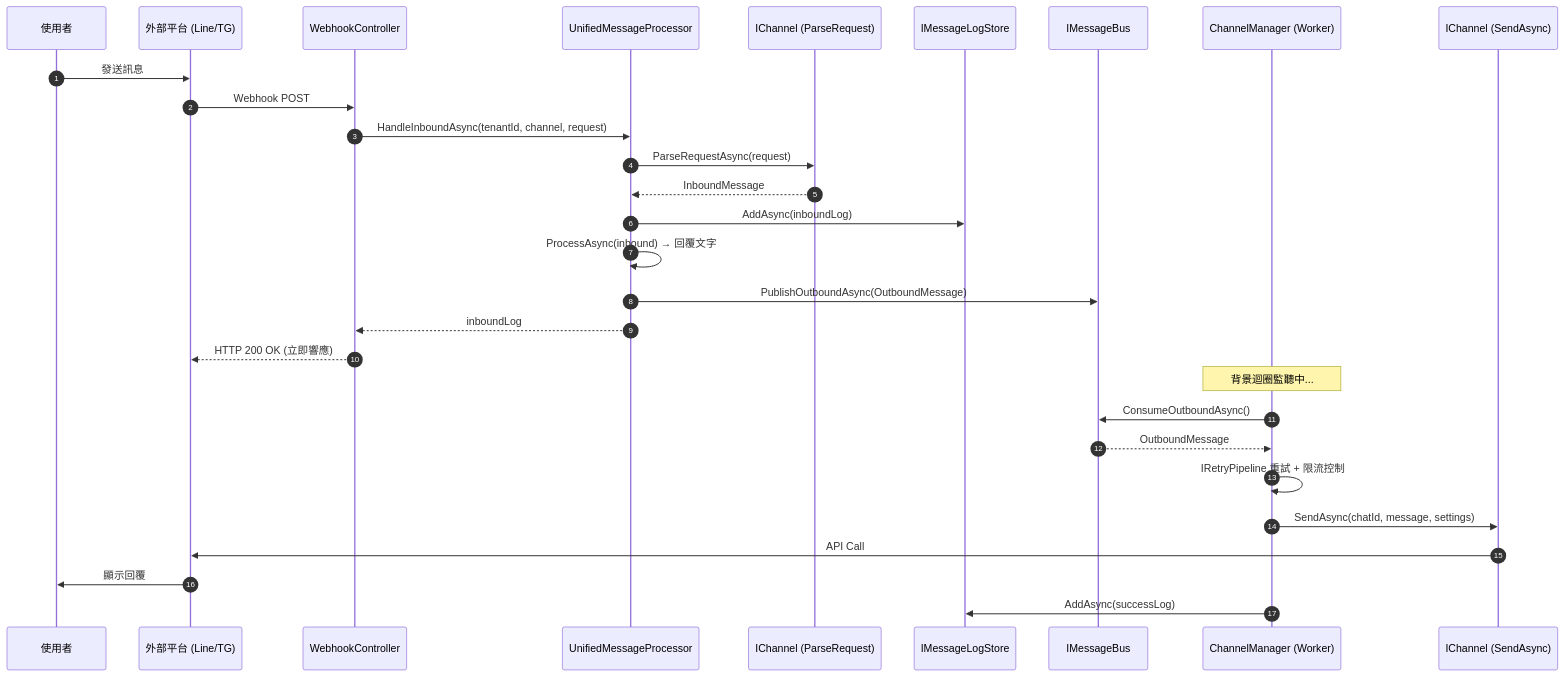
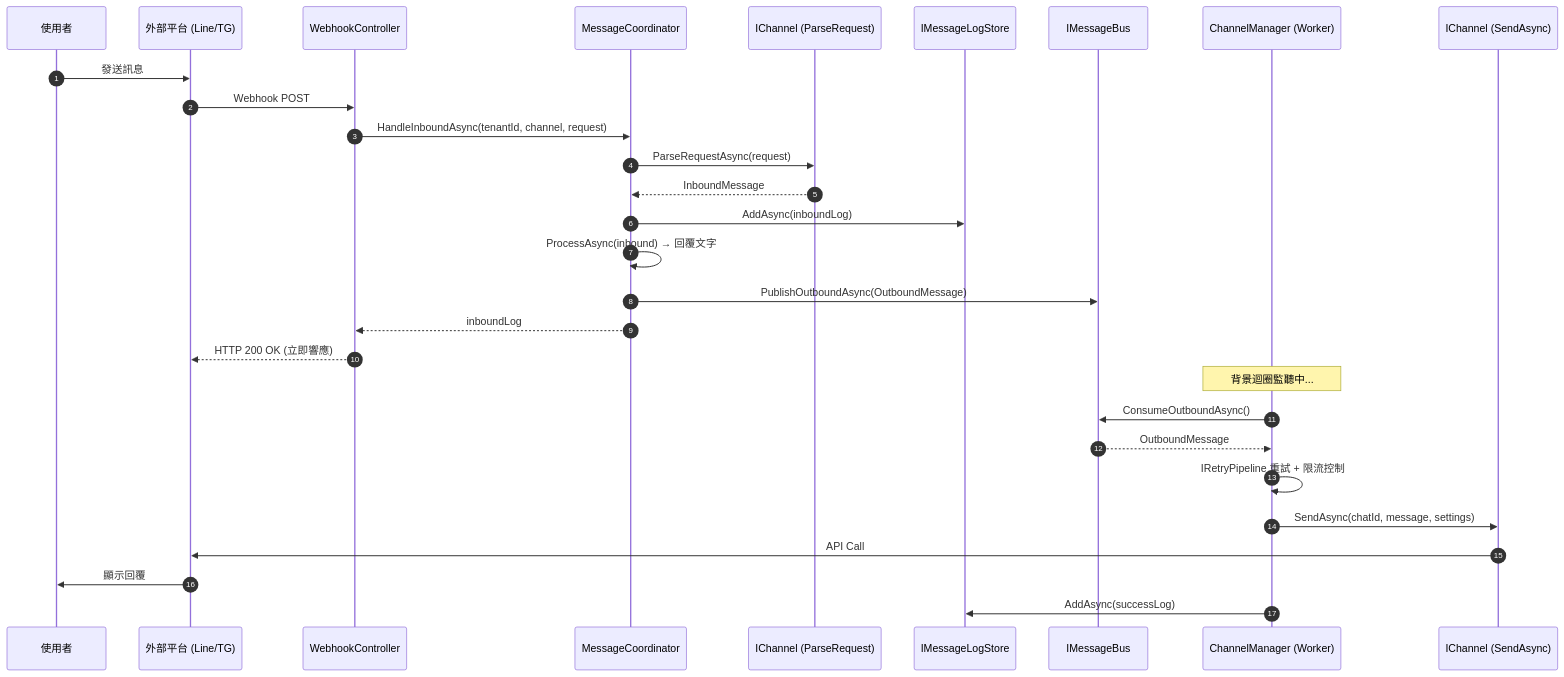
Before and after one commit to bruceagentadmin/MessageHub: the fifth of 8 diagrams in docs/ARCHITECTURE_OVERVIEW.md, drawn with Mermaid. The commit also changed other lines of this file and 25 other files, not shown here.

````diff
--- a/docs/ARCHITECTURE_OVERVIEW.md
+++ b/docs/ARCHITECTURE_OVERVIEW.md
@@ -262,33 +264,33 @@
 ```mermaid
 sequenceDiagram
     autonumber
     participant User as 使用者
     participant Platform as 外部平台 (Line/TG)
     participant WC as WebhookController
-    participant UMP as UnifiedMessageProcessor
+    participant MC as MessageCoordinator
     participant CH as IChannel (ParseRequest)
     participant Store as IMessageLogStore
     participant Bus as IMessageBus
     participant CM as ChannelManager (Worker)
     participant Send as IChannel (SendAsync)
 
     User->>Platform: 發送訊息
     Platform->>WC: Webhook POST
-    WC->>UMP: HandleInboundAsync(tenantId, channel, request)
-    UMP->>CH: ParseRequestAsync(request)
-    CH-->>UMP: InboundMessage
-    UMP->>Store: AddAsync(inboundLog)
-    UMP->>UMP: ProcessAsync(inbound) → 回覆文字
-    UMP->>Bus: PublishOutboundAsync(OutboundMessage)
-    UMP-->>WC: inboundLog
+    WC->>MC: HandleInboundAsync(tenantId, channel, request)
+    MC->>CH: ParseRequestAsync(request)
+    CH-->>MC: InboundMessage
+    MC->>Store: AddAsync(inboundLog)
+    MC->>MC: ProcessAsync(inbound) → 回覆文字
+    MC->>Bus: PublishOutboundAsync(OutboundMessage)
+    MC-->>WC: inboundLog
     WC-->>Platform: HTTP 200 OK (立即響應)
 
     Note over CM: 背景迴圈監聽中...
     CM->>Bus: ConsumeOutboundAsync()
     Bus-->>CM: OutboundMessage
     CM->>CM: IRetryPipeline 重試 + 限流控制
     CM->>Send: SendAsync(chatId, message, settings)
     Send->>Platform: API Call
     Platform->>User: 顯示回覆
     CM->>Store: AddAsync(successLog)
 ```
````
